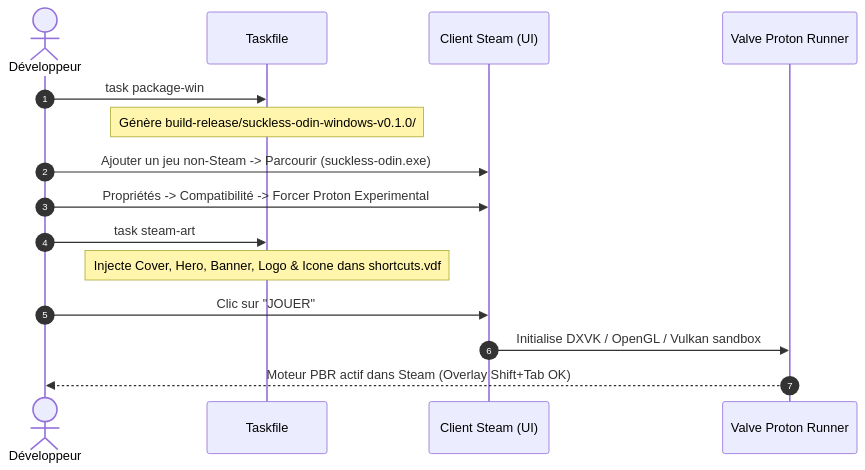
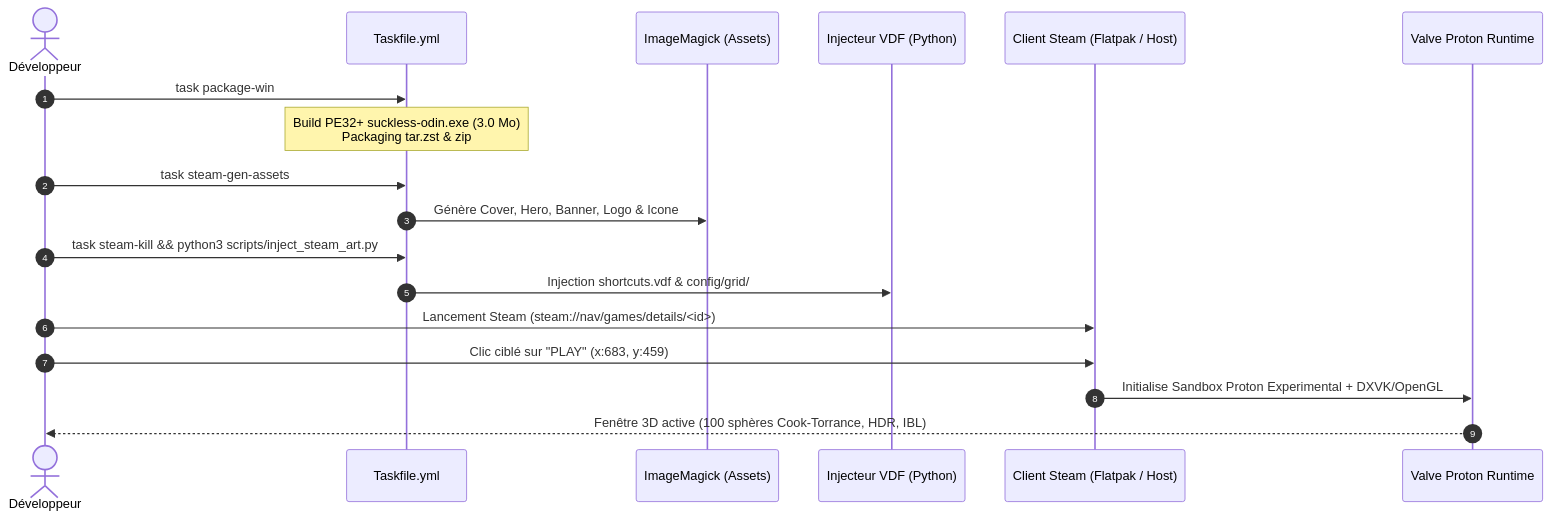
The diagram in docs/steam-integration-and-proton-guide.md (yoyonel-lab/suckless-odin), drawn with Mermaid before and after one commit. The commit also changed other lines of this file and 29 other files, not shown here.

Commit message:
docs(steam): comprehensive Proton integration guide, MkDocs Material site & Steam Grid assets

````diff
--- a/docs/steam-integration-and-proton-guide.md
+++ b/docs/steam-integration-and-proton-guide.md
@@ -9,18 +9,21 @@
 ```mermaid
 sequenceDiagram
     autonumber
     actor Dev as Développeur
-    participant Task as Taskfile
-    participant Steam as Client Steam (UI)
-    participant Proton as Valve Proton Runner
+    participant Task as Taskfile.yml
+    participant Magick as ImageMagick (Assets)
+    participant VDF as Injecteur VDF (Python)
+    participant Steam as Client Steam (Flatpak / Host)
+    participant Proton as Valve Proton Runtime
 
     Dev->>Task: task package-win
-    Note over Task: Génère build-release/suckless-odin-windows-v0.1.0/
-    Dev->>Steam: Ajouter un jeu non-Steam -> Parcourir (suckless-odin.exe)
-    Dev->>Steam: Propriétés -> Compatibilité -> Forcer Proton Experimental
-    Dev->>Task: task steam-art
-    Note over Task: Injecte Cover, Hero, Banner, Logo & Icone dans shortcuts.vdf
-    Dev->>Steam: Clic sur "JOUER"
-    Steam->>Proton: Initialise DXVK / OpenGL / Vulkan sandbox
-    Proton-->>Dev: Moteur PBR actif dans Steam (Overlay Shift+Tab OK)
+    Note over Task: Build PE32+ suckless-odin.exe (3.0 Mo)<br/>Packaging tar.zst & zip
+    Dev->>Task: task steam-gen-assets
+    Task->>Magick: Génère Cover, Hero, Banner, Logo & Icone
+    Dev->>Task: task steam-kill && python3 scripts/inject_steam_art.py
+    Task->>VDF: Injection shortcuts.vdf & config/grid/
+    Dev->>Steam: Lancement Steam (steam://nav/games/details/<id>)
+    Dev->>Steam: Clic ciblé sur "PLAY" (x:683, y:459)
+    Steam->>Proton: Initialise Sandbox Proton Experimental + DXVK/OpenGL
+    Proton-->>Dev: Fenêtre 3D active (100 sphères Cook-Torrance, HDR, IBL)
 ```
````
